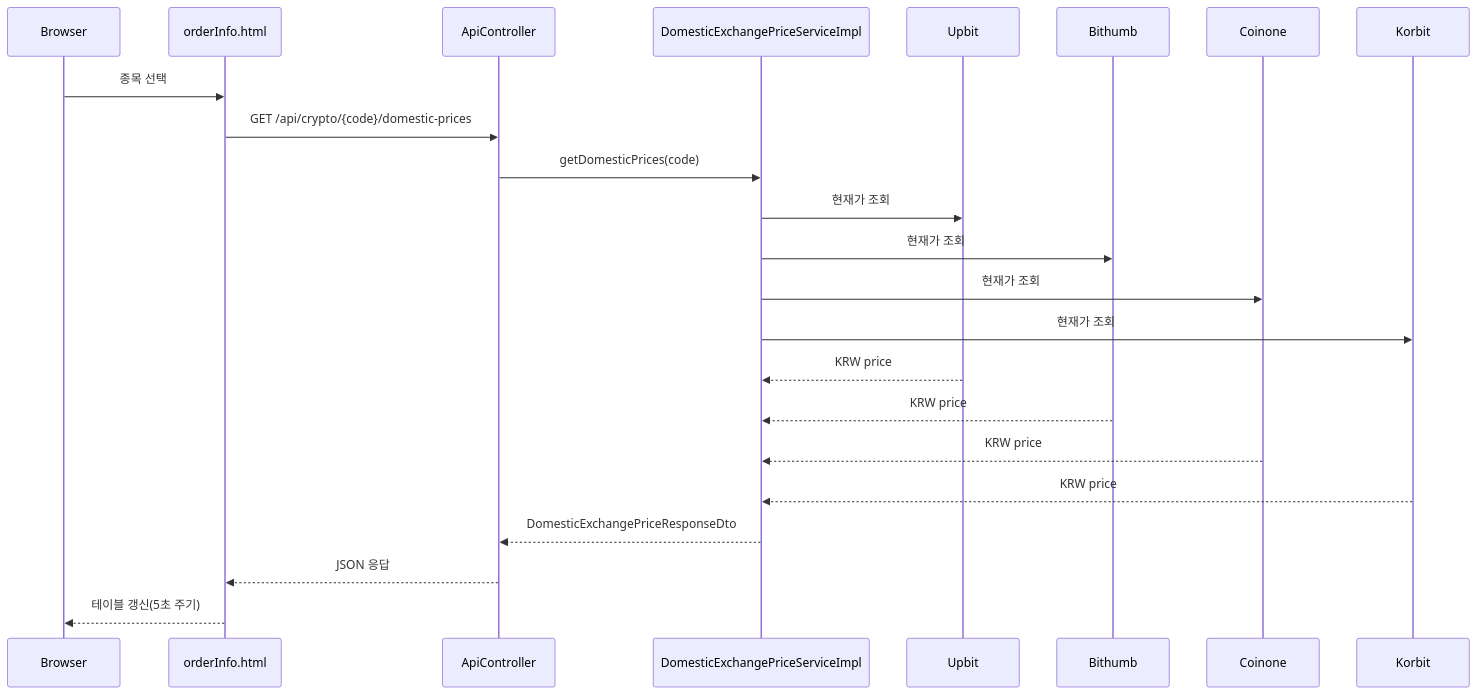
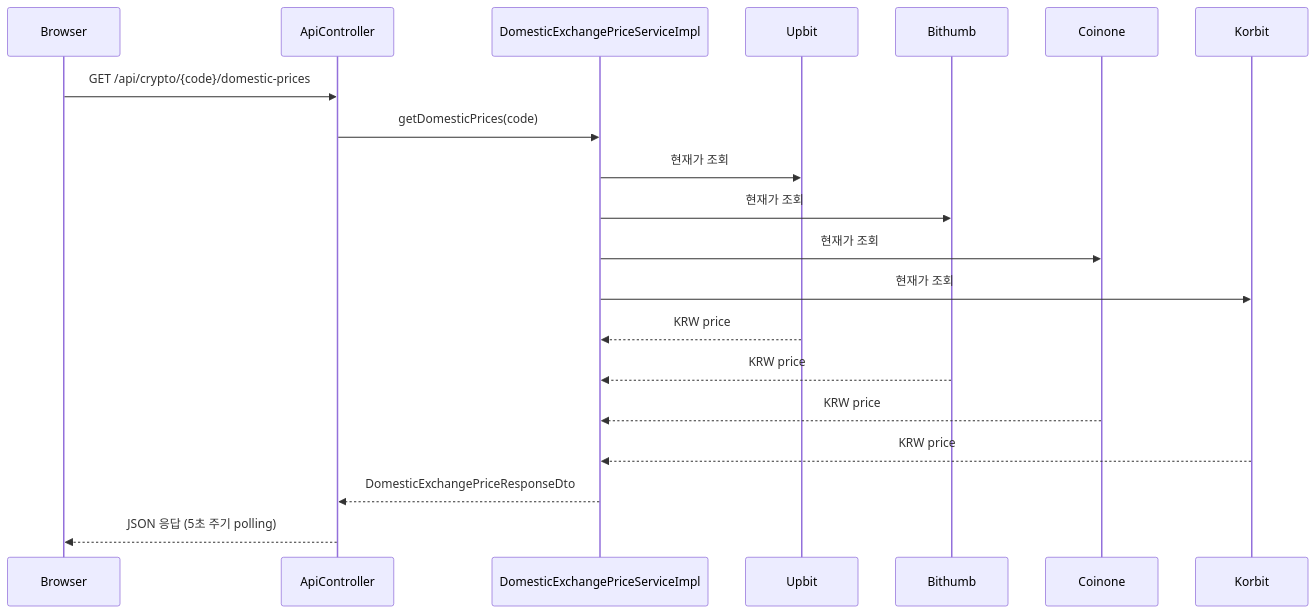
The fourth of 4 diagrams in README.md (zhanggu9/stock-coin-trade), drawn with Mermaid before and after one commit. The commit also changed other lines of this file and 121 other files, not shown here.

````diff
--- a/README.md
+++ b/README.md
@@ -423,26 +461,23 @@
 ```mermaid
 sequenceDiagram
     participant B as Browser
-    participant O as orderInfo.html
     participant API as ApiController
     participant D as DomesticExchangePriceServiceImpl
     participant U as Upbit
     participant BH as Bithumb
     participant C as Coinone
     participant K as Korbit
 
-    B->>O: 종목 선택
-    O->>API: GET /api/crypto/{code}/domestic-prices
+    B->>API: GET /api/crypto/{code}/domestic-prices
     API->>D: getDomesticPrices(code)
     D->>U: 현재가 조회
     D->>BH: 현재가 조회
     D->>C: 현재가 조회
     D->>K: 현재가 조회
     U-->>D: KRW price
     BH-->>D: KRW price
     C-->>D: KRW price
     K-->>D: KRW price
     D-->>API: DomesticExchangePriceResponseDto
-    API-->>O: JSON 응답
-    O-->>B: 테이블 갱신(5초 주기)
+    API-->>B: JSON 응답 (5초 주기 polling)
 ```
````
